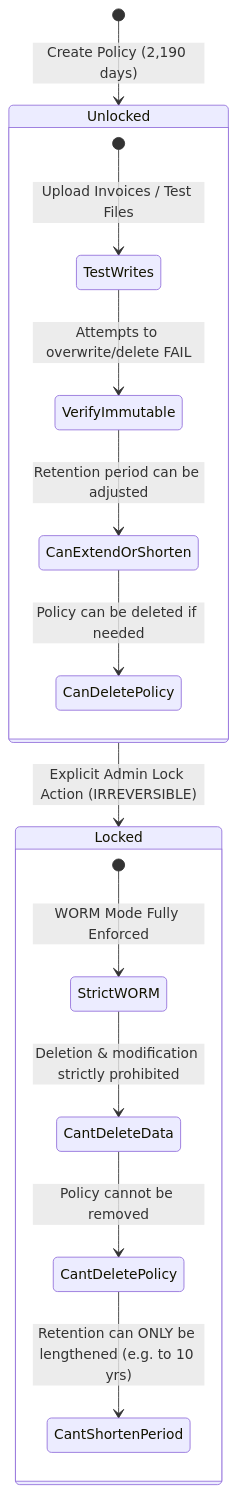
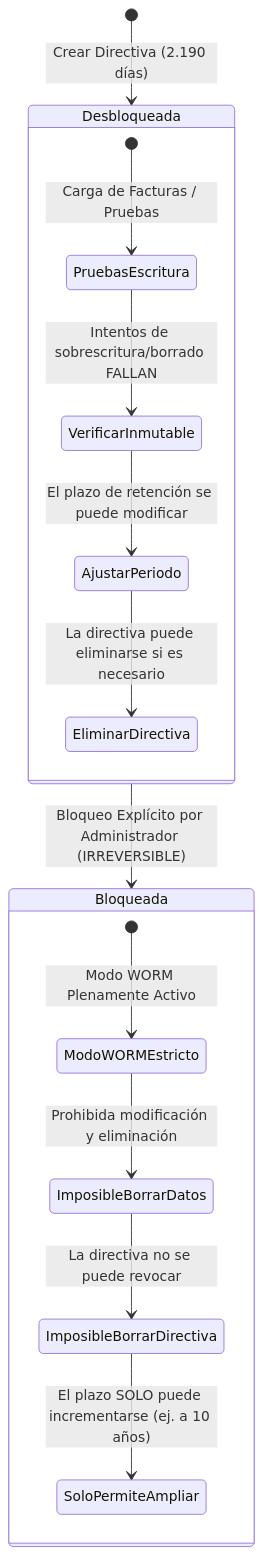
Before and after one commit to nubenetes/azure-storage-erp-compliance-iac: the diagram in docs/WORM_POLICY_LOCK_GUIDE.md, drawn with Mermaid. The commit also changed other lines of this file and 7 other files, not shown here.

````diff
--- a/docs/WORM_POLICY_LOCK_GUIDE.md
+++ b/docs/WORM_POLICY_LOCK_GUIDE.md
@@ -15,20 +15,20 @@
 ```mermaid
 stateDiagram-v2
-    [*] --> Unlocked: Create Policy (2,190 days)
+    [*] --> Desbloqueada: Crear Directiva (2.190 días)
     
-    state Unlocked {
-        [*] --> TestWrites: Upload Invoices / Test Files
-        TestWrites --> VerifyImmutable: Attempts to overwrite/delete FAIL
-        VerifyImmutable --> CanExtendOrShorten: Retention period can be adjusted
-        CanExtendOrShorten --> CanDeletePolicy: Policy can be deleted if needed
+    state Desbloqueada {
+        [*] --> PruebasEscritura: Carga de Facturas / Pruebas
+        PruebasEscritura --> VerificarInmutable: Intentos de sobrescritura/borrado FALLAN
+        VerificarInmutable --> AjustarPeriodo: El plazo de retención se puede modificar
+        AjustarPeriodo --> EliminarDirectiva: La directiva puede eliminarse si es necesario
     }
     
-    Unlocked --> Locked: Explicit Admin Lock Action (IRREVERSIBLE)
+    Desbloqueada --> Bloqueada: Bloqueo Explícito por Administrador (IRREVERSIBLE)
     
-    state Locked {
-        [*] --> StrictWORM: WORM Mode Fully Enforced
-        StrictWORM --> CantDeleteData: Deletion & modification strictly prohibited
-        CantDeleteData --> CantDeletePolicy: Policy cannot be removed
-        CantDeletePolicy --> CantShortenPeriod: Retention can ONLY be lengthened (e.g. to 10 yrs)
+    state Bloqueada {
+        [*] --> ModoWORMEstricto: Modo WORM Plenamente Activo
+        ModoWORMEstricto --> ImposibleBorrarDatos: Prohibida modificación y eliminación
+        ImposibleBorrarDatos --> ImposibleBorrarDirectiva: La directiva no se puede revocar
+        ImposibleBorrarDirectiva --> SoloPermiteAmpliar: El plazo SOLO puede incrementarse (ej. a 10 años)
     }
 ```
````
